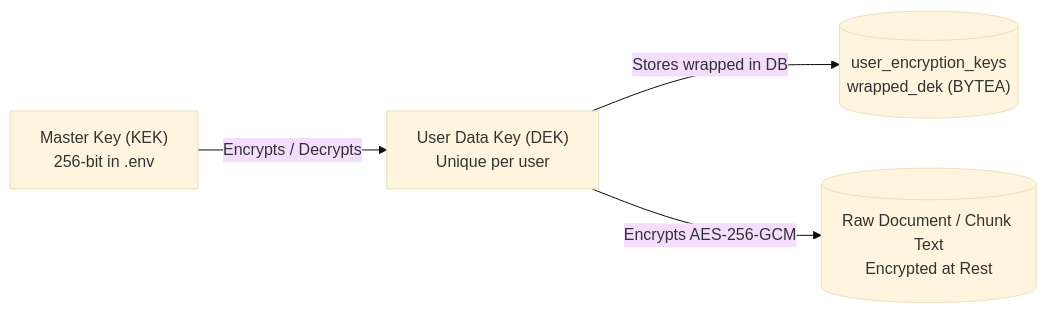
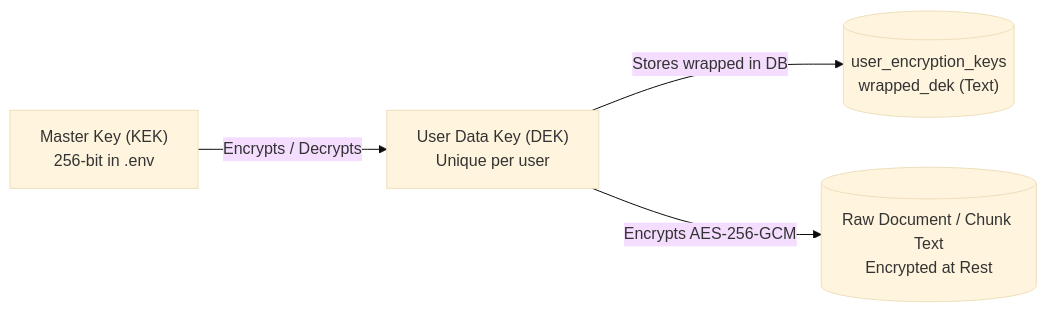
The ninth of 13 diagrams in reverse_engineering.md (Satya-Naraharisetty/FusionRAG), drawn with Mermaid (base theme) before and after one commit. The commit also changed other lines of this file, not shown here.

Commit message:
docs: update architecture documentation to reflect dual-layer orchestration and expanded evaluation metrics

````diff
--- a/reverse_engineering.md
+++ b/reverse_engineering.md
@@ -1279,6 +1188,6 @@
 ```mermaid
 flowchart LR
     MasterKey["Master Key (KEK)<br/>256-bit in .env"] -->|Encrypts / Decrypts| UserDEK["User Data Key (DEK)<br/>Unique per user"]
-    UserDEK -->|Stores wrapped in DB| WrappedDEK[("user_encryption_keys<br/>wrapped_dek (BYTEA)")]
+    UserDEK -->|Stores wrapped in DB| WrappedDEK[("user_encryption_keys<br/>wrapped_dek (Text)")]
     UserDEK -->|Encrypts AES-256-GCM| RawDoc[("Raw Document / Chunk Text<br/>Encrypted at Rest")]
 ```
````
